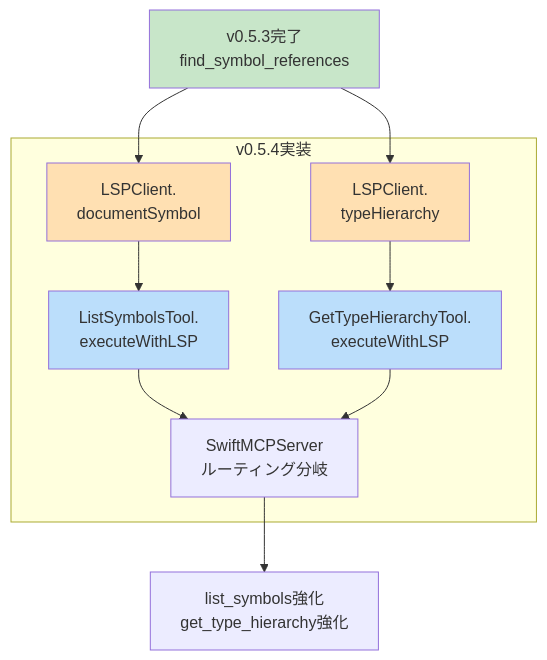
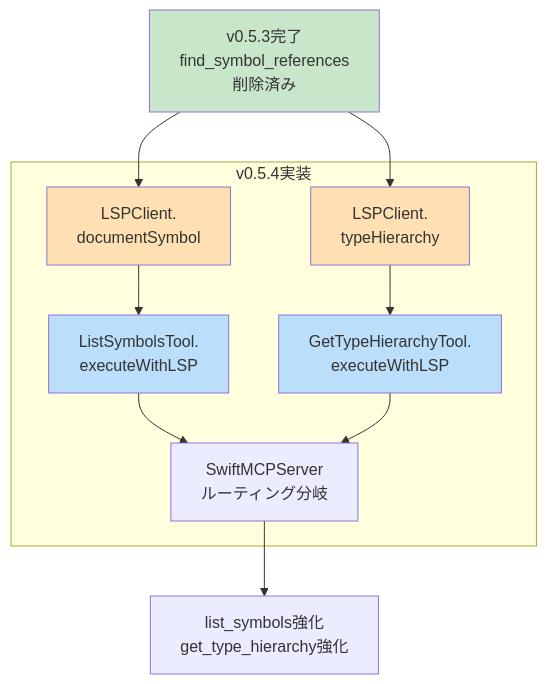
Before and after one commit to BlueEventHorizon/Swift-Selena: diagram 16 of 23 in project/main/design/DES-102_LSP_Integration_Design.md, drawn with Mermaid. The commit also changed other lines of this file and 16 other files, not shown here.

````diff
--- a/project/main/design/DES-102_LSP_Integration_Design.md
+++ b/project/main/design/DES-102_LSP_Integration_Design.md
@@ -576,31 +580,31 @@
 ```mermaid
 graph TB
-    V53[v0.5.3完了<br/>find_symbol_references]
+    V53[v0.5.3完了<br/>find_symbol_references<br/>削除済み]
 
     subgraph V054Impl["v0.5.4実装"]
         LC1[LSPClient.<br/>documentSymbol]
         LC2[LSPClient.<br/>typeHierarchy]
         T1[ListSymbolsTool.<br/>executeWithLSP]
         T2[GetTypeHierarchyTool.<br/>executeWithLSP]
         R1[SwiftMCPServer<br/>ルーティング分岐]
     end
 
     Result[list_symbols強化<br/>get_type_hierarchy強化]
 
     V53 --> LC1
     V53 --> LC2
 
     LC1 --> T1
     LC2 --> T2
 
     T1 --> R1
     T2 --> R1
 
     R1 --> Result
 
     style V53 fill:#c8e6c9
     style LC1 fill:#ffe0b2
     style LC2 fill:#ffe0b2
     style T1 fill:#bbdefb
     style T2 fill:#bbdefb
 ```
````
